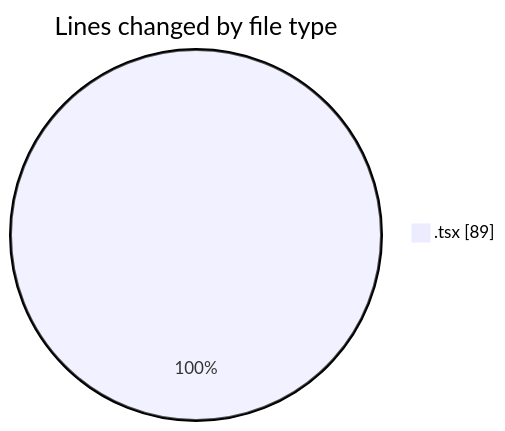
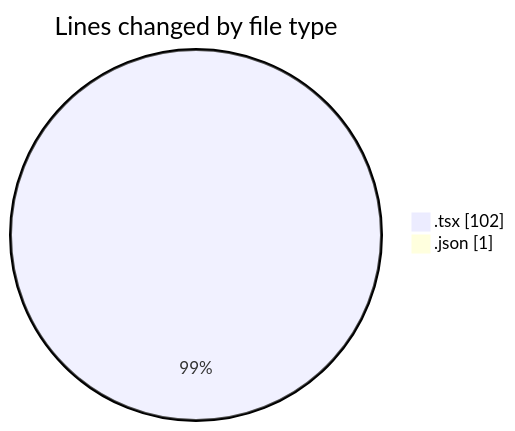
One commit to robertbonfada/code-tracking changed the first of 2 diagrams in 2025-01-21/mbc-web/README.md. Above: the diagram before and after it, drawn with Mermaid. The commit also changed other lines of this file and 1 other file, not shown here.

````diff
--- a/2025-01-21/mbc-web/README.md
+++ b/2025-01-21/mbc-web/README.md
@@ -25,5 +27,6 @@
 ```mermaid
 pie showData
 title Lines changed by file type
-".tsx" : 89
+".tsx" : 102
+".json" : 1
 ```
````
